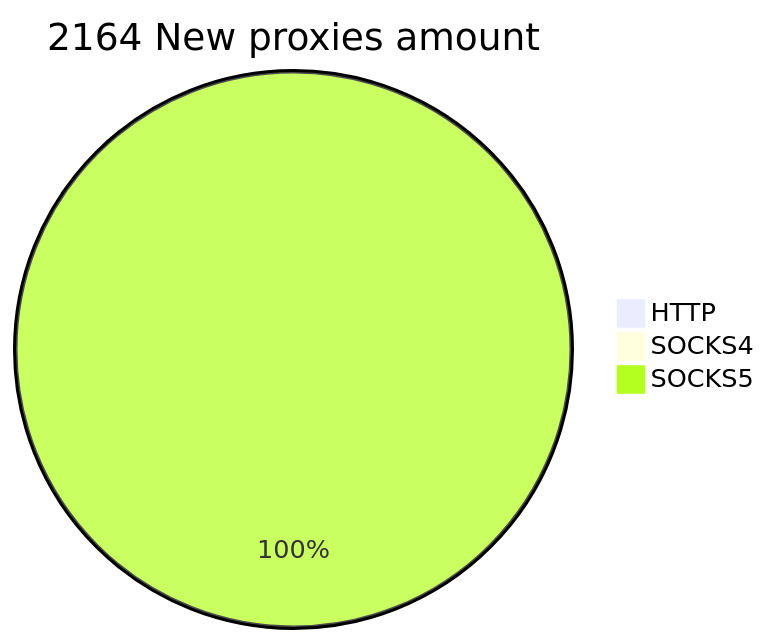
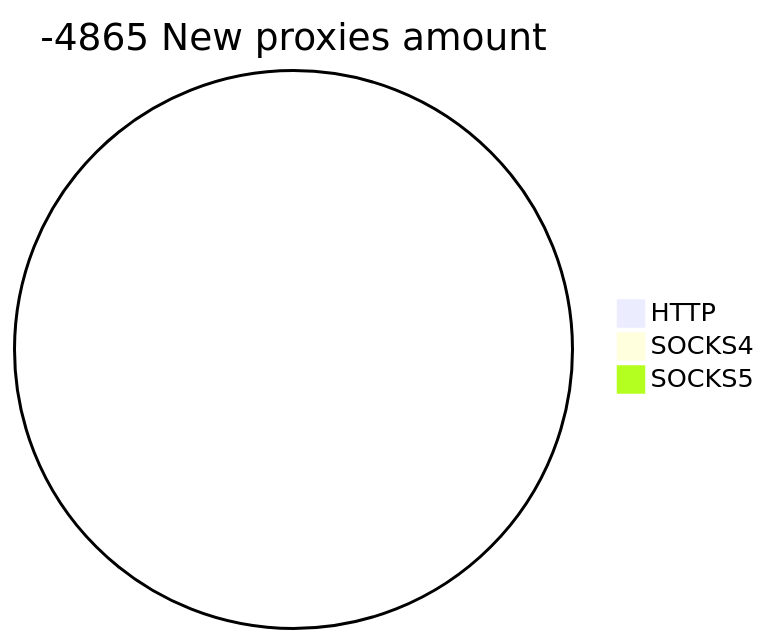
The second of 2 diagrams in README.md (cutipu/proxylist), drawn with Mermaid before and after one commit. The commit also changed other lines of this file, not shown here.

````diff
--- a/README.md
+++ b/README.md
@@ -10,6 +10,6 @@
 ```mermaid
-pie title 2164 New proxies amount
+pie title -4865 New proxies amount
     "HTTP" : 0
     "SOCKS4" : 0
-    "SOCKS5" : 2165
+    "SOCKS5" : 0
 ```
````
